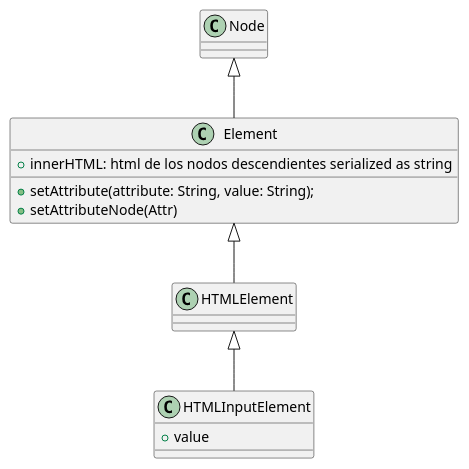
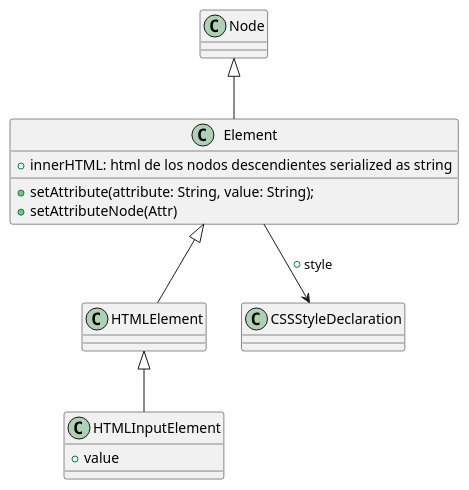
One commit to PabloMartinFluvia/tech-dhtml changed the diagram in docs/dhtml/elements/Element.plantuml. Above: the diagram before and after it, drawn with PlantUML. The commit also changed 9 other files, not shown here.

```diff
--- a/docs/dhtml/elements/Element.plantuml
+++ b/docs/dhtml/elements/Element.plantuml
@@ -1,18 +1,21 @@
 @startuml element
 
 class Element {
     + innerHTML: html de los nodos descendientes serialized as string
 
     + setAttribute(attribute: String, value: String);
     + setAttributeNode(Attr)
 }
 Node <|-- Element
 
-class HTMLElement
+class HTMLElement 
 Element <|-- HTMLElement
+Element --> CSSStyleDeclaration: + style
 
 class HTMLInputElement {
     + value
 }
 HTMLElement <|-- HTMLInputElement
+
+class CSSStyleDeclaration
 @enduml
```
